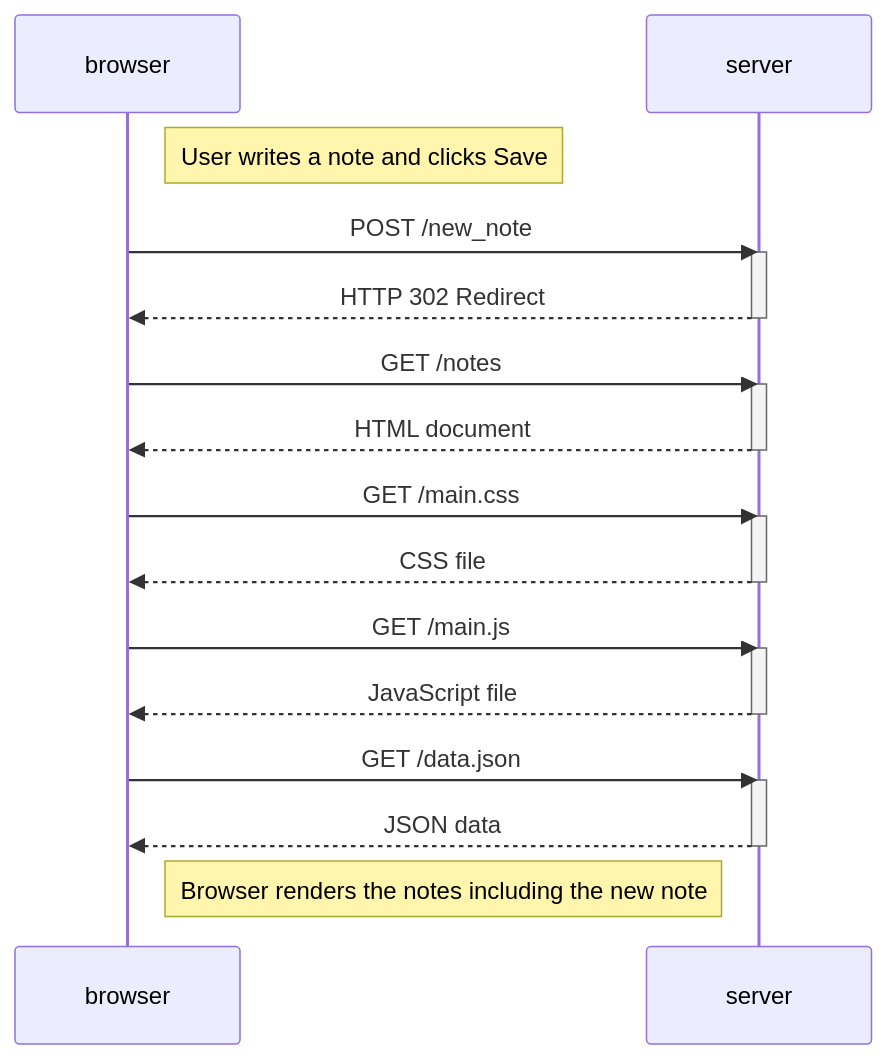
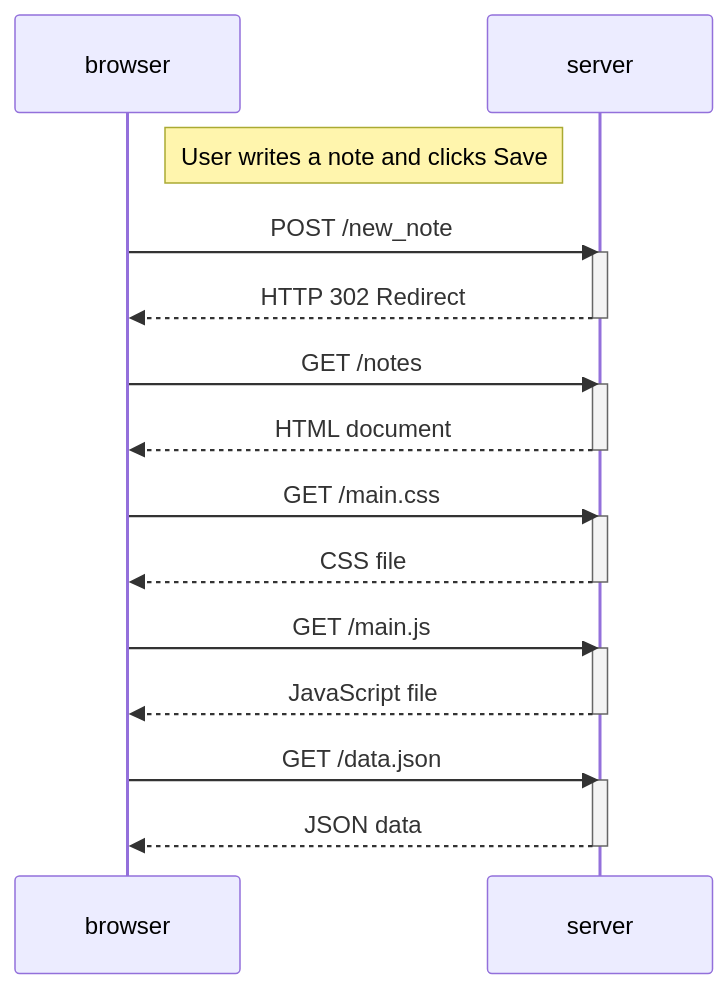
One commit to Abhishek-kr-003/fullstackopen-exercises changed the diagram in part0/0.4-new-note-diagram.md. Above: the diagram before and after it, drawn with Mermaid. The commit also changed 1 other file, not shown here.

Commit message:
Complete exercise 0.4

````diff
--- a/part0/0.4-new-note-diagram.md
+++ b/part0/0.4-new-note-diagram.md
@@ -1,34 +1,33 @@
 ```mermaid
 sequenceDiagram
     participant browser
     participant server
 
     Note right of browser: User writes a note and clicks Save
 
     browser->>server: POST /new_note
     activate server
     server-->>browser: HTTP 302 Redirect
     deactivate server
 
     browser->>server: GET /notes
     activate server
     server-->>browser: HTML document
     deactivate server
 
     browser->>server: GET /main.css
     activate server
     server-->>browser: CSS file
     deactivate server
 
     browser->>server: GET /main.js
     activate server
     server-->>browser: JavaScript file
     deactivate server
 
     browser->>server: GET /data.json
     activate server
     server-->>browser: JSON data
     deactivate server
 
-    Note right of browser: Browser renders the notes including the new note
 ```
````
